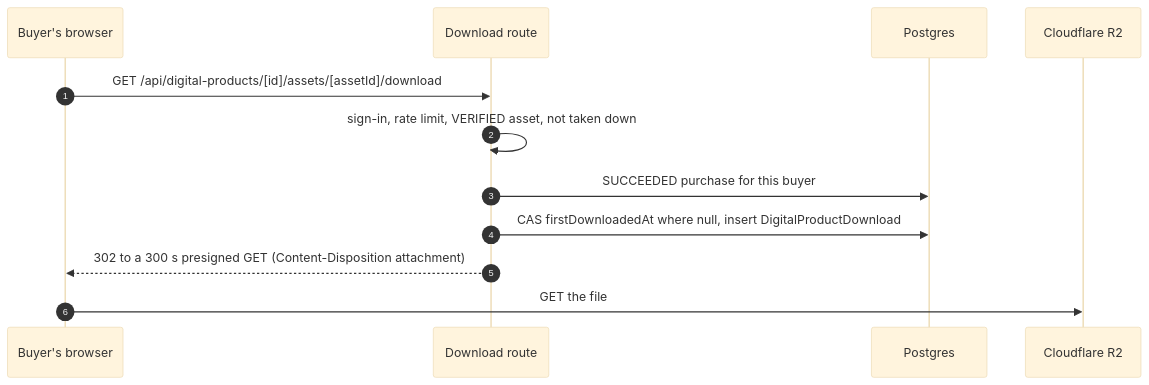
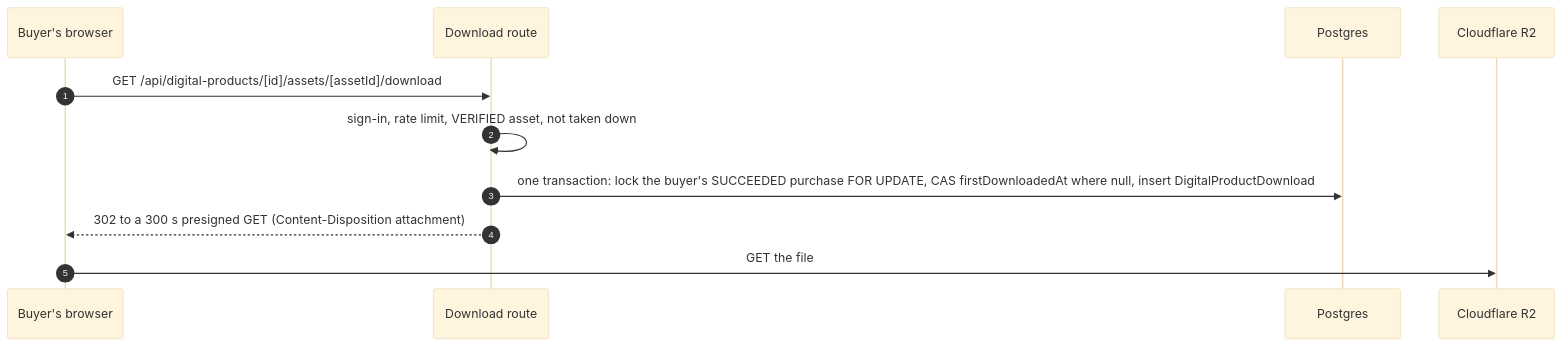
One commit to Practitionist/familiarise_web changed the sixth of 6 diagrams in docs/digital-products/01-architecture.md. Above: the diagram before and after it, drawn with Mermaid (base theme). The commit also changed other lines of this file and 1 other file, not shown here.

First line of the commit message:
docs(digital-products): write-once uploads, lineage versions, failed-order recovery and receipt staging

````diff
--- a/docs/digital-products/01-architecture.md
+++ b/docs/digital-products/01-architecture.md
@@ -173,14 +181,13 @@
 ```mermaid
 sequenceDiagram
   autonumber
   participant B as Buyer's browser
   participant API as Download route
   participant DB as Postgres
   participant R2 as Cloudflare R2
   B->>API: GET /api/digital-products/[id]/assets/[assetId]/download
   API->>API: sign-in, rate limit, VERIFIED asset, not taken down
-  API->>DB: SUCCEEDED purchase for this buyer
-  API->>DB: CAS firstDownloadedAt where null, insert DigitalProductDownload
+  API->>DB: one transaction: lock the buyer's SUCCEEDED purchase FOR UPDATE, CAS firstDownloadedAt where null, insert DigitalProductDownload
   API-->>B: 302 to a 300 s presigned GET (Content-Disposition attachment)
   B->>R2: GET the file
 ```
````
